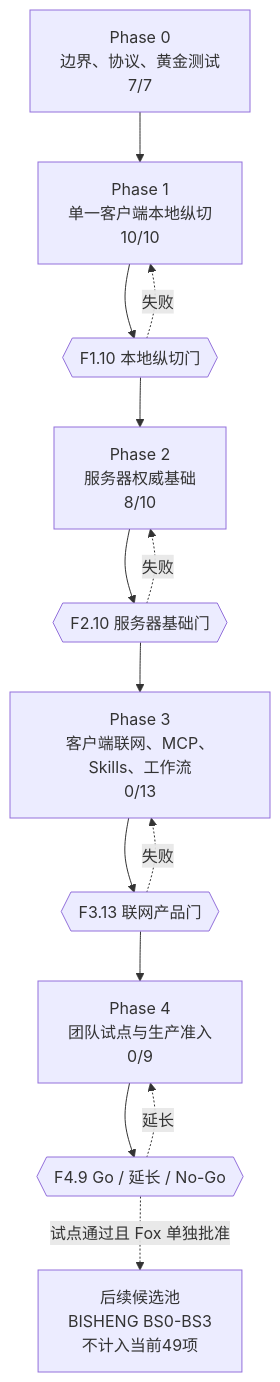
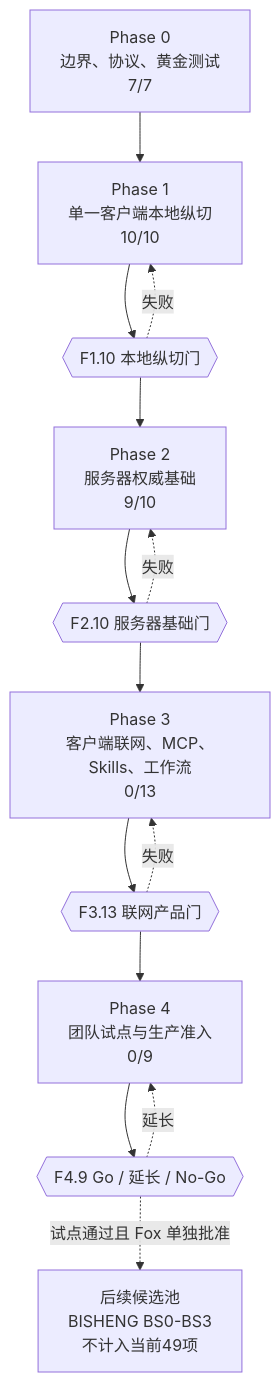
The first of 6 diagrams in docs/plan/dependency-graph.md (xingranya/fox), drawn with Mermaid before and after one commit. The commit also changed other lines of this file and 40 other files, not shown here.

````diff
--- a/docs/plan/dependency-graph.md
+++ b/docs/plan/dependency-graph.md
@@ -5,20 +5,20 @@
 ```mermaid
 flowchart TD
     P0["Phase 0\n边界、协议、黄金测试\n7/7"]
     P1["Phase 1\n单一客户端本地纵切\n10/10"]
     G1{{"F1.10 本地纵切门"}}
-    P2["Phase 2\n服务器权威基础\n8/10"]
+    P2["Phase 2\n服务器权威基础\n9/10"]
     G2{{"F2.10 服务器基础门"}}
     P3["Phase 3\n客户端联网、MCP、Skills、工作流\n0/13"]
     G3{{"F3.13 联网产品门"}}
     P4["Phase 4\n团队试点与生产准入\n0/9"]
     G4{{"F4.9 Go / 延长 / No-Go"}}
     BS["后续候选池\nBISHENG BS0-BS3\n不计入当前49项"]
 
     P0 --> P1 --> G1 --> P2 --> G2 --> P3 --> G3 --> P4 --> G4
     G4 -. "试点通过且 Fox 单独批准" .-> BS
     G1 -. "失败" .-> P1
     G2 -. "失败" .-> P2
     G3 -. "失败" .-> P3
     G4 -. "延长" .-> P4
 ```
````
